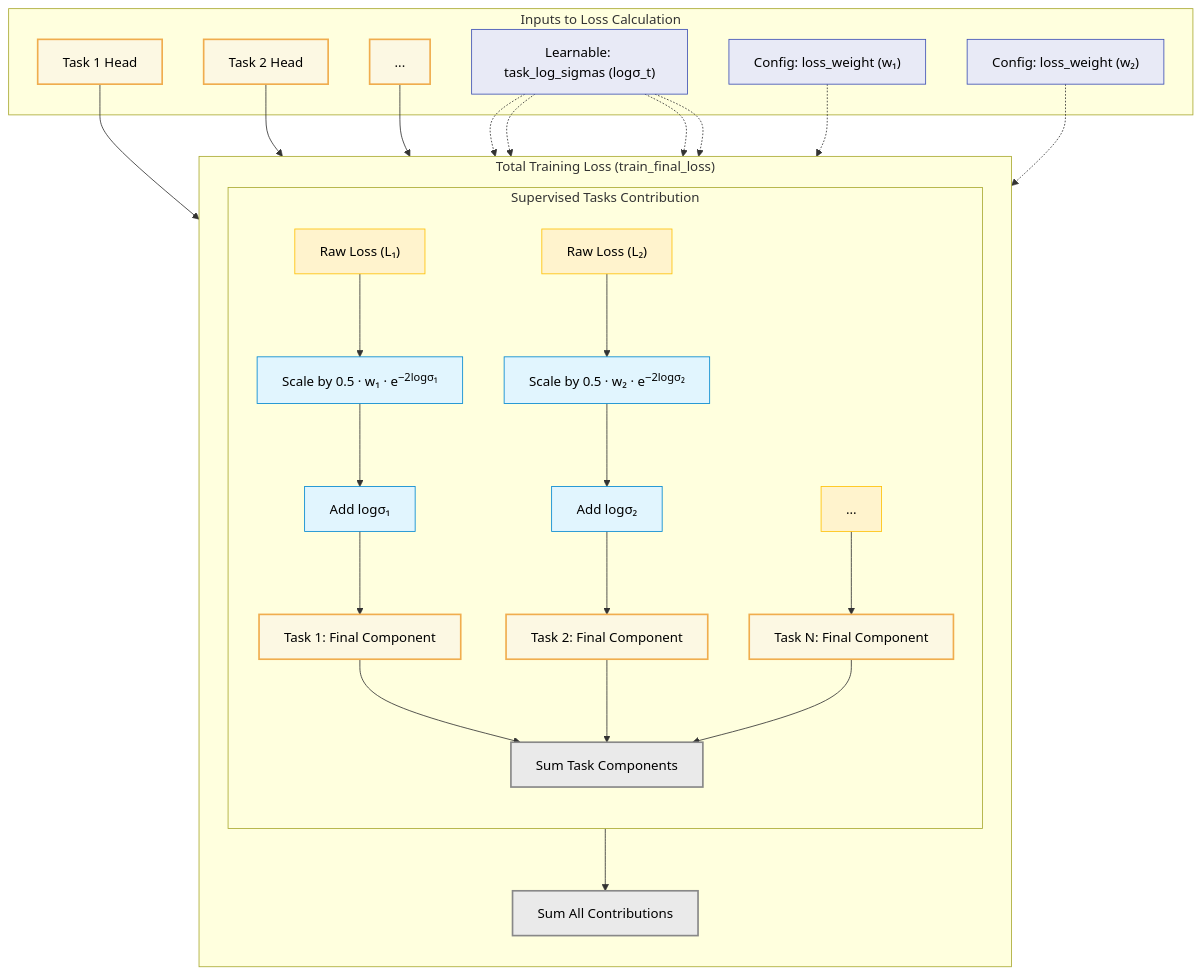
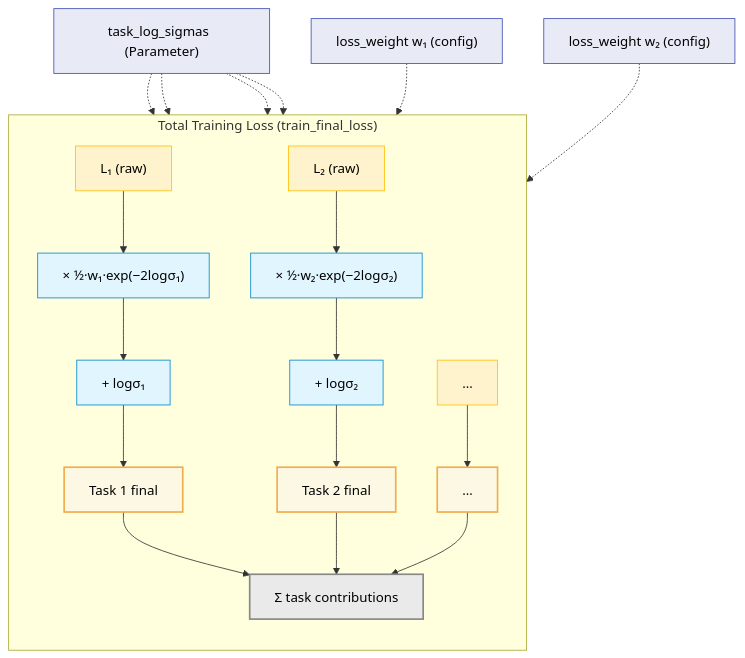
One commit to TsumiNa/foundation_model changed the second of 3 diagrams in ARCHITECTURE.md. Above: the diagram before and after it, drawn with Mermaid. The commit also changed other lines of this file and 34 other files, not shown here.

````diff
--- a/ARCHITECTURE.md
+++ b/ARCHITECTURE.md
@@ -244,60 +206,31 @@
 ```mermaid
 graph TD
     subgraph OverallLoss["Total Training Loss (train_final_loss)"]
         direction TB
-        SumLosses["Sum All Contributions"]:::output
+        Sum["Σ task contributions"]:::output
+        T1["Task 1 final"]:::taskhead
+        T2["Task 2 final"]:::taskhead
+        TN["…"]:::taskhead
 
-        %% ---------- Supervised tasks ----------
-        subgraph SupervisedLosses["Supervised Tasks Contribution"]
-            direction TB
-            SumSupervised["Sum Task Components"]:::output
-            Task1_Final["Task&nbsp;1: Final Component"]:::taskhead
-            Task2_Final["Task&nbsp;2: Final Component"]:::taskhead
-            TaskN_Final["Task&nbsp;N: Final Component"]:::taskhead
+        T1_raw["L₁ (raw)"]:::rawloss --> Op1["× ½·w₁·exp(−2logσ₁)"]:::operation --> Op1r["+ logσ₁"]:::operation --> T1
+        T2_raw["L₂ (raw)"]:::rawloss --> Op2["× ½·w₂·exp(−2logσ₂)"]:::operation --> Op2r["+ logσ₂"]:::operation --> T2
+        TN_raw["…"]:::rawloss --> TN
 
-            Task1_Raw["Raw Loss (L₁)"]:::rawloss --> Op1_Scale["Scale by 0.5&nbsp;·&nbsp;w₁&nbsp;·&nbsp;e<sup>−2logσ₁</sup>"]:::operation
-            Op1_Scale --> Op1_AddReg["Add&nbsp;logσ₁"]:::operation
-            Op1_AddReg --> Task1_Final
-
-            Task2_Raw["Raw Loss (L₂)"]:::rawloss --> Op2_Scale["Scale by 0.5&nbsp;·&nbsp;w₂&nbsp;·&nbsp;e<sup>−2logσ₂</sup>"]:::operation
-            Op2_Scale --> Op2_AddReg["Add&nbsp;logσ₂"]:::operation
-            Op2_AddReg --> Task2_Final
-            
-            TaskN_Raw["..."]:::rawloss --> TaskN_Final
-            
-            Task1_Final --> SumSupervised
-            Task2_Final --> SumSupervised
-            TaskN_Final --> SumSupervised
-        end
-        SumSupervised --> SumLosses
+        T1 --> Sum
+        T2 --> Sum
+        TN --> Sum
     end
 
-    %% ---------- Inputs ----------
-    subgraph InputsToLossCalc["Inputs to Loss Calculation"]
-        L1_Head["Task 1 Head"]:::taskhead --> Task1_Raw
-        L2_Head["Task 2 Head"]:::taskhead --> Task2_Raw
-        LN_Head["..."]:::taskhead --> TaskN_Raw
-        
-        Learnable_LogSigmas["Learnable: task_log_sigmas (logσ_t)"]:::inputsrc -.-> Op1_Scale
-        Learnable_LogSigmas -.-> Op1_AddReg
-        Learnable_LogSigmas -.-> Op2_Scale
-        Learnable_LogSigmas -.-> Op2_AddReg
-        LossWeight1["Config: loss_weight (w₁)"]:::inputsrc -.-> Op1_Scale
-        LossWeight2["Config: loss_weight (w₂)"]:::inputsrc -.-> Op2_Scale
-    end
+    Bal["task_log_sigmas  (Parameter)"]:::inputsrc -.-> Op1
+    Bal -.-> Op1r
+    Bal -.-> Op2
+    Bal -.-> Op2r
+    LW1["loss_weight w₁ (config)"]:::inputsrc -.-> Op1
+    LW2["loss_weight w₂ (config)"]:::inputsrc -.-> Op2
 
-    %% ---------- Style definitions ----------
     classDef output      fill:#EAEAEA,stroke:#888888,stroke-width:2px,color:#000;
     classDef taskhead    fill:#FCF8E3,stroke:#F0AD4E,stroke-width:2px,color:#000;
     classDef rawloss     fill:#FFF3CD,stroke:#FFC107,stroke-width:1px,color:#000;
     classDef operation   fill:#E1F5FE,stroke:#0288D1,stroke-width:1px,color:#000;
     classDef inputsrc    fill:#E8EAF6,stroke:#3F51B5,stroke-width:1px,color:#000;
-
-    %% ---------- Class assignments ----------
-    class Task1_Final,Task2_Final,TaskN_Final taskhead
-    class SumLosses,SumSupervised output
-    class L1_Head,L2_Head,LN_Head taskhead
-    class Learnable_LogSigmas,LossWeight1,LossWeight2 inputsrc
-    class Task1_Raw,Task2_Raw,TaskN_Raw rawloss
-    class Op1_Scale,Op1_AddReg,Op2_Scale,Op2_AddReg operation
 ```
````
